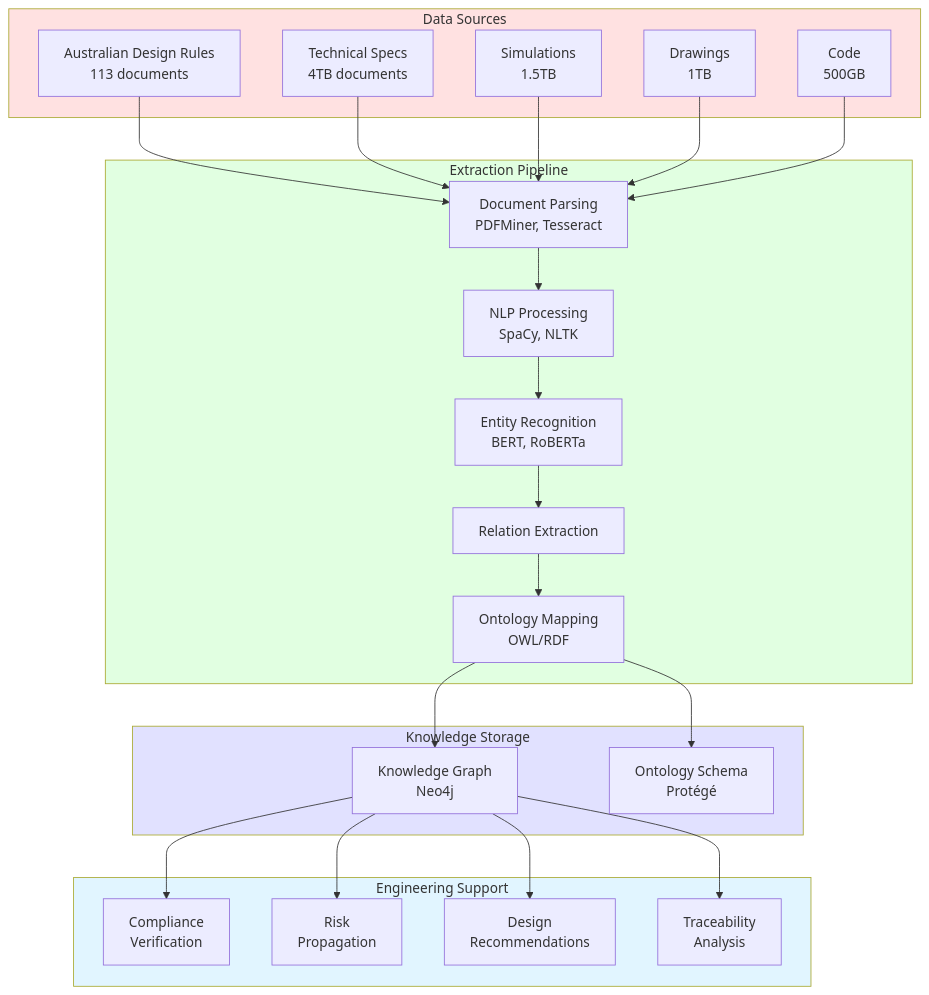
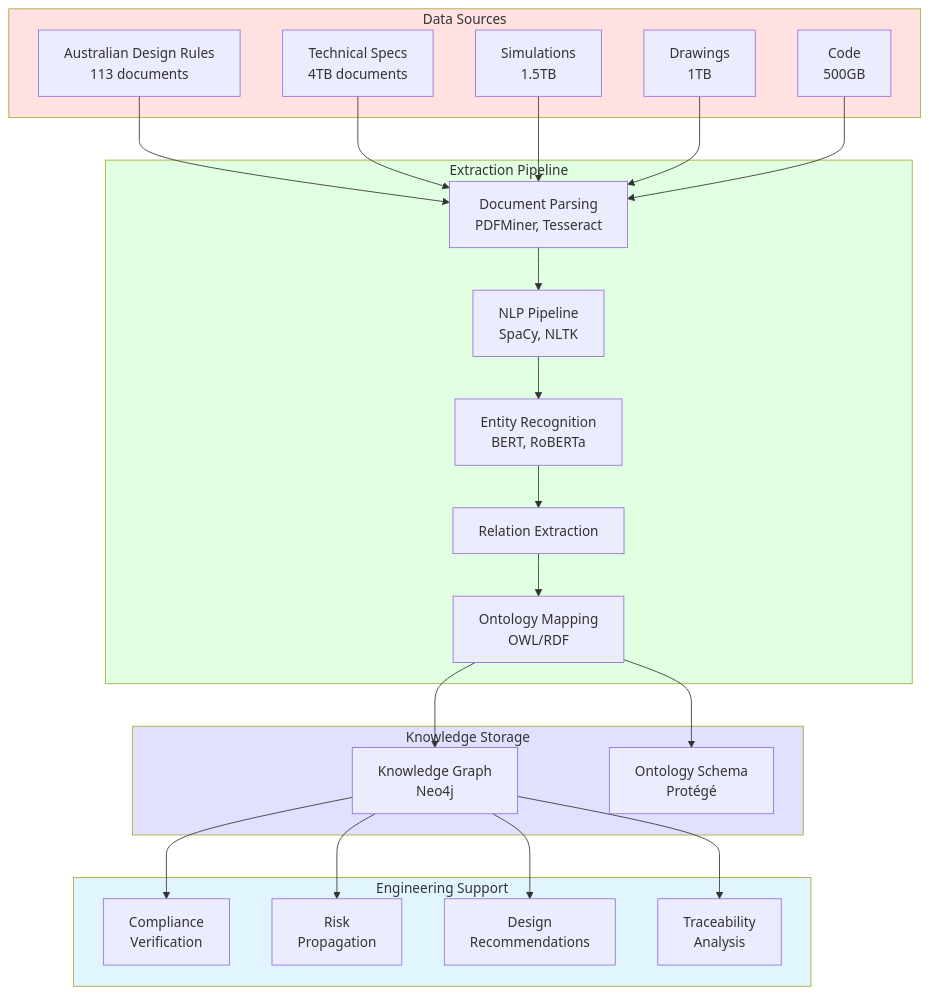
Before and after one commit to manansvr/Ontological-GraphRAG-Recommender: the third of 5 diagrams in docs/ontology.md, drawn with Mermaid. The commit also changed other lines of this file and 6 other files, not shown here.

````diff
--- a/docs/ontology.md
+++ b/docs/ontology.md
@@ -419,54 +506,54 @@
 ```mermaid
 graph TB
     subgraph Sources[Data Sources]
         ADR[Australian Design Rules<br/>113 documents]
         Specs[Technical Specs<br/>4TB documents]
         Sims[Simulations<br/>1.5TB]
         Draws[Drawings<br/>1TB]
         Code[Code<br/>500GB]
     end
 
     subgraph Extraction[Extraction Pipeline]
         Parse[Document Parsing<br/>PDFMiner, Tesseract]
-        NLP[NLP Processing<br/>SpaCy, NLTK]
+        NLP[NLP Pipeline<br/>SpaCy, NLTK]
         Entity[Entity Recognition<br/>BERT, RoBERTa]
         Relation[Relation Extraction]
         Onto[Ontology Mapping<br/>OWL/RDF]
     end
 
     subgraph Storage[Knowledge Storage]
         KG[Knowledge Graph<br/>Neo4j]
         Schema[Ontology Schema<br/>Protégé]
     end
 
     subgraph Output[Engineering Support]
         Comply[Compliance<br/>Verification]
         RiskP[Risk<br/>Propagation]
         Rec[Design<br/>Recommendations]
         Trace[Traceability<br/>Analysis]
     end
 
     ADR --> Parse
     Specs --> Parse
     Sims --> Parse
     Draws --> Parse
     Code --> Parse
 
     Parse --> NLP
     NLP --> Entity
     Entity --> Relation
     Relation --> Onto
 
     Onto --> KG
     Onto --> Schema
 
     KG --> Comply
     KG --> RiskP
     KG --> Rec
     KG --> Trace
 
     style Sources fill:#ffe1e1
     style Extraction fill:#e1ffe1
     style Storage fill:#e1e1ff
     style Output fill:#e1f5ff
 ```
````
